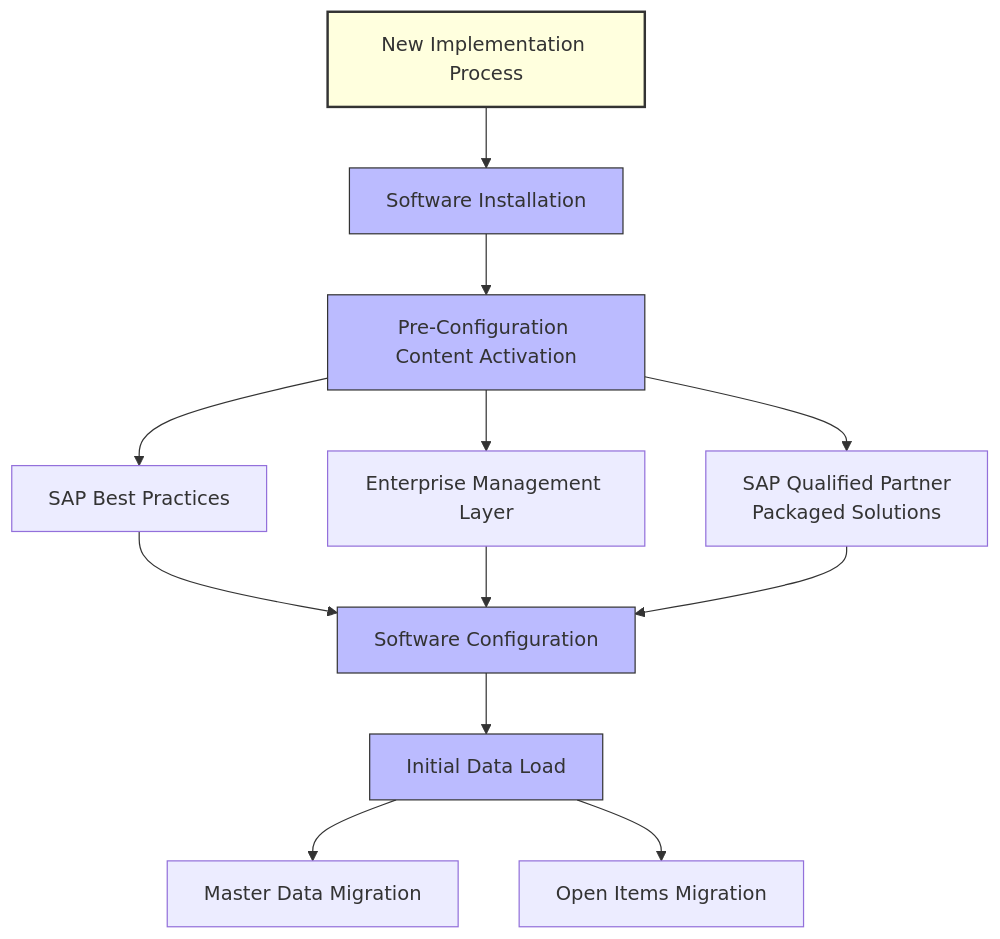
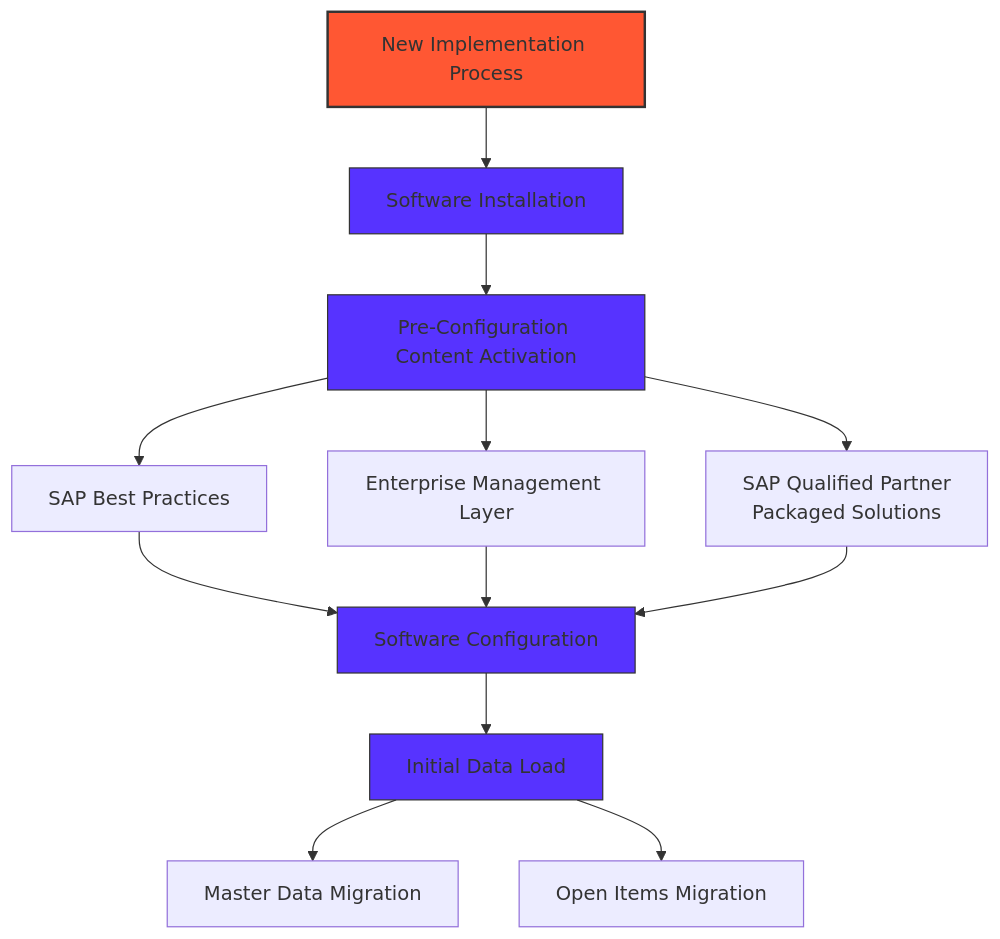
One commit to sapflashcards/S4CPE changed the diagram in sdt.md. Above: the diagram before and after it, drawn with Mermaid.

````diff
--- a/sdt.md
+++ b/sdt.md
@@ -1,20 +1,20 @@
 ```mermaid
 graph TD
     A[New Implementation Process] --> B[Software Installation]
     B --> C[Pre-Configuration Content Activation]
     C --> C1[SAP Best Practices]
     C --> C2[Enterprise Management Layer]
     C --> C3[SAP Qualified Partner\nPackaged Solutions]
     C1 --> D[Software Configuration]
     C2 --> D
     C3 --> D
     D --> E[Initial Data Load]
     E --> E1[Master Data Migration]
     E --> E2[Open Items Migration]
     
-    style A fill:#ffffde,stroke:#333,stroke-width:2px
-    style B fill:#bbf,stroke:#333
-    style C fill:#bbf,stroke:#333
-    style D fill:#bbf,stroke:#333
-    style E fill:#bbf,stroke:#333
+    style A fill:#FF5733,stroke:#333,stroke-width:2px
+    style B fill:#5733FF,stroke:#333
+    style C fill:#5733FF,stroke:#333
+    style D fill:#5733FF,stroke:#333
+    style E fill:#5733FF,stroke:#333
 ```
````
